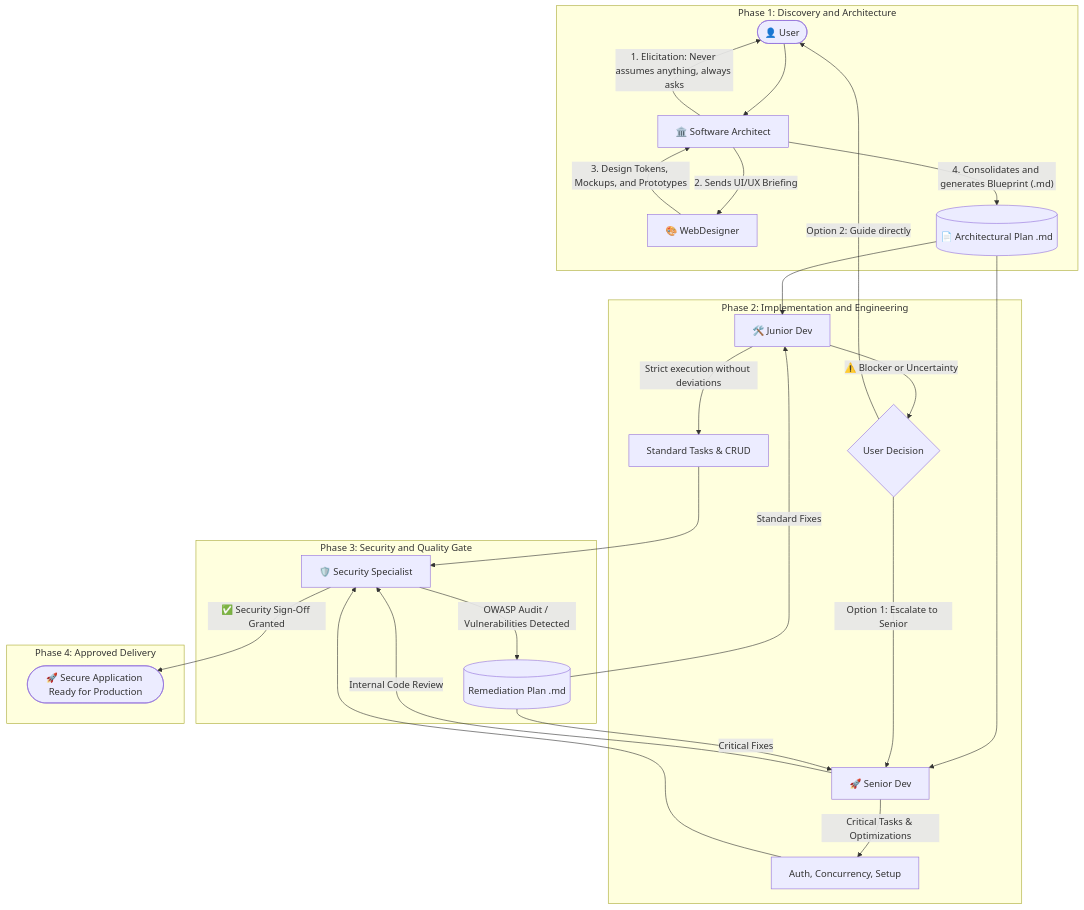
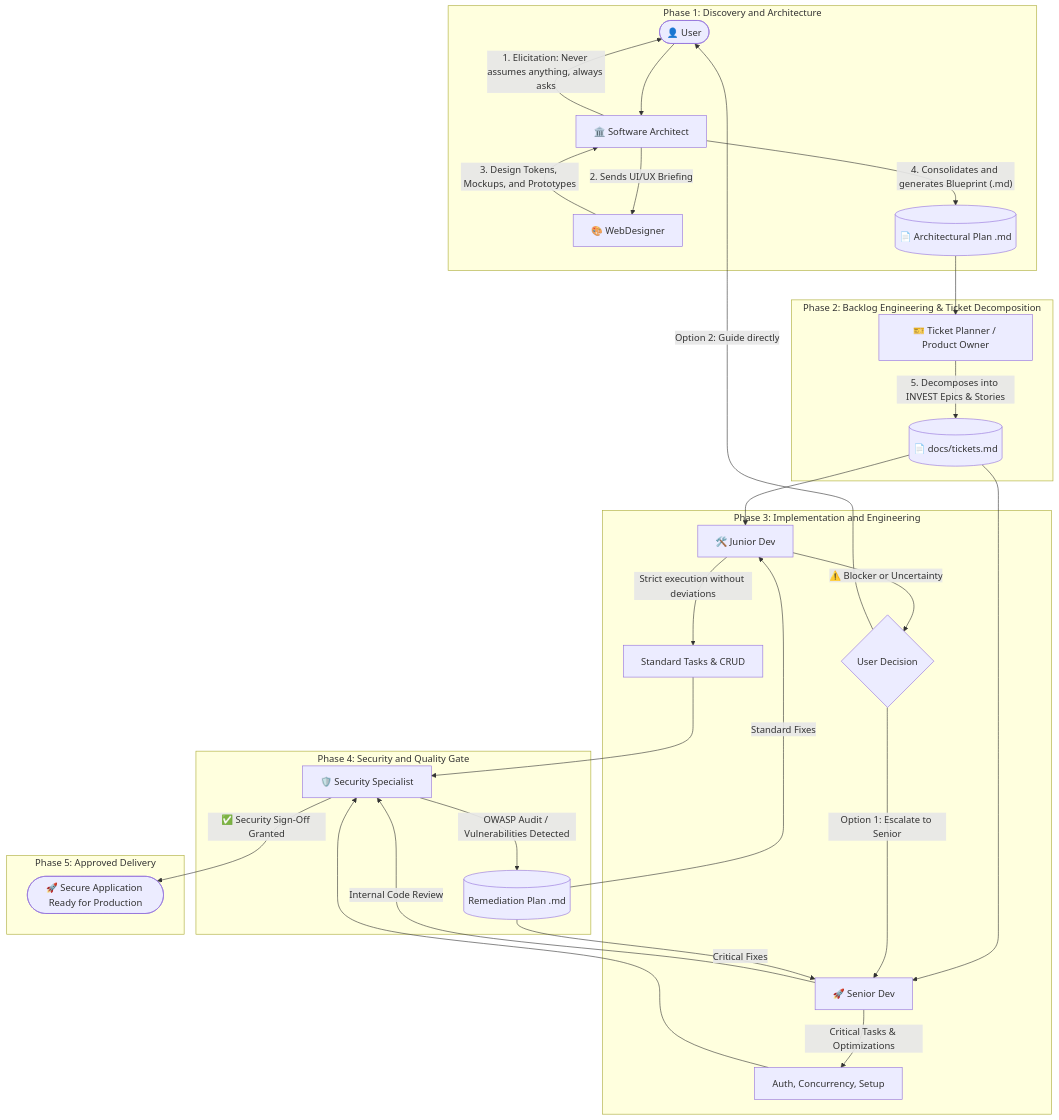
One commit to petherbcl/DevAgent changed the diagram in README.md. Above: the diagram before and after it, drawn with Mermaid. The commit also changed other lines of this file and 11 other files, not shown here.

Commit message:
feat: introduce ticket planner agent with backlog decomposition rules, templates, and skills

````diff
--- a/README.md
+++ b/README.md
@@ -11,37 +11,42 @@
 ```mermaid
 flowchart TD
     User([👤 User]) --> Arquiteto[🏛️ Software Architect]
     
     subgraph Phase 1: Discovery and Architecture
         Arquiteto -- "1. Elicitation: Never assumes anything, always asks" --> User
         Arquiteto -- "2. Sends UI/UX Briefing" --> WebDesigner[🎨 WebDesigner]
         WebDesigner -- "3. Design Tokens, Mockups, and Prototypes" --> Arquiteto
         Arquiteto -- "4. Consolidates and generates Blueprint (.md)" --> Plan[(📄 Architectural Plan .md)]
     end
 
-    subgraph Phase 2: Implementation and Engineering
-        Plan --> DevJunior[🛠️ Junior Dev]
-        Plan --> DevSenior[🚀 Senior Dev]
+    subgraph Phase 2: Backlog Engineering & Ticket Decomposition
+        Plan --> TicketPlanner[🎫 Ticket Planner / Product Owner]
+        TicketPlanner -- "5. Decomposes into INVEST Epics & Stories" --> Tickets[(📄 docs/tickets.md)]
+    end
+
+    subgraph Phase 3: Implementation and Engineering
+        Tickets --> DevJunior[🛠️ Junior Dev]
+        Tickets --> DevSenior[🚀 Senior Dev]
         
         DevJunior -- "Strict execution without deviations" --> TasksJunior[Standard Tasks & CRUD]
         DevSenior -- "Critical Tasks & Optimizations" --> TasksSenior[Auth, Concurrency, Setup]
         
         DevJunior -- "⚠️ Blocker or Uncertainty" --> EscalationDecision{User Decision}
         EscalationDecision -- "Option 1: Escalate to Senior" --> DevSenior
         EscalationDecision -- "Option 2: Guide directly" --> User
     end
 
-    subgraph Phase 3: Security and Quality Gate
+    subgraph Phase 4: Security and Quality Gate
         TasksJunior --> SecurityGate[🛡️ Security Specialist]
         TasksSenior --> SecurityGate
         DevSenior -- "Internal Code Review" --> SecurityGate
         
         SecurityGate -- "OWASP Audit / Vulnerabilities Detected" --> SecPlan[(Remediation Plan .md)]
         SecPlan -- "Critical Fixes" --> DevSenior
         SecPlan -- "Standard Fixes" --> DevJunior
     end
 
-    subgraph Phase 4: Approved Delivery
+    subgraph Phase 5: Approved Delivery
         SecurityGate -- "✅ Security Sign-Off Granted" --> Deliverable([🚀 Secure Application Ready for Production])
     end
 ```
````
